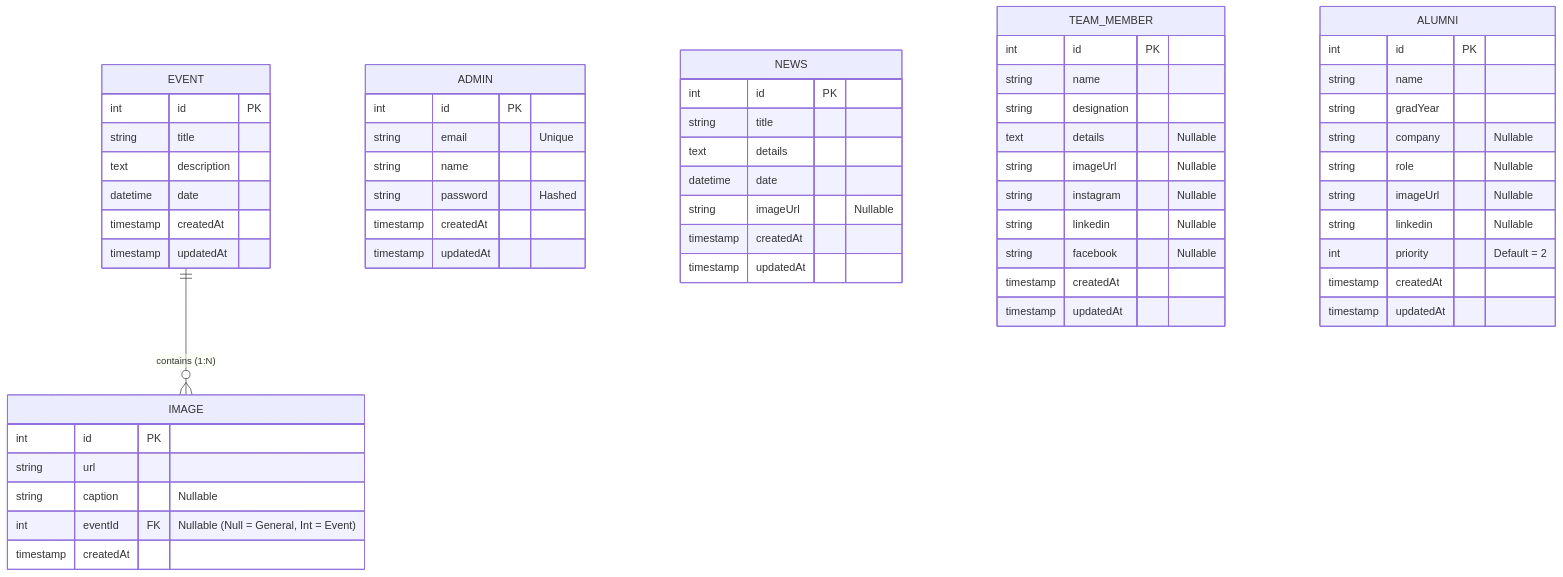
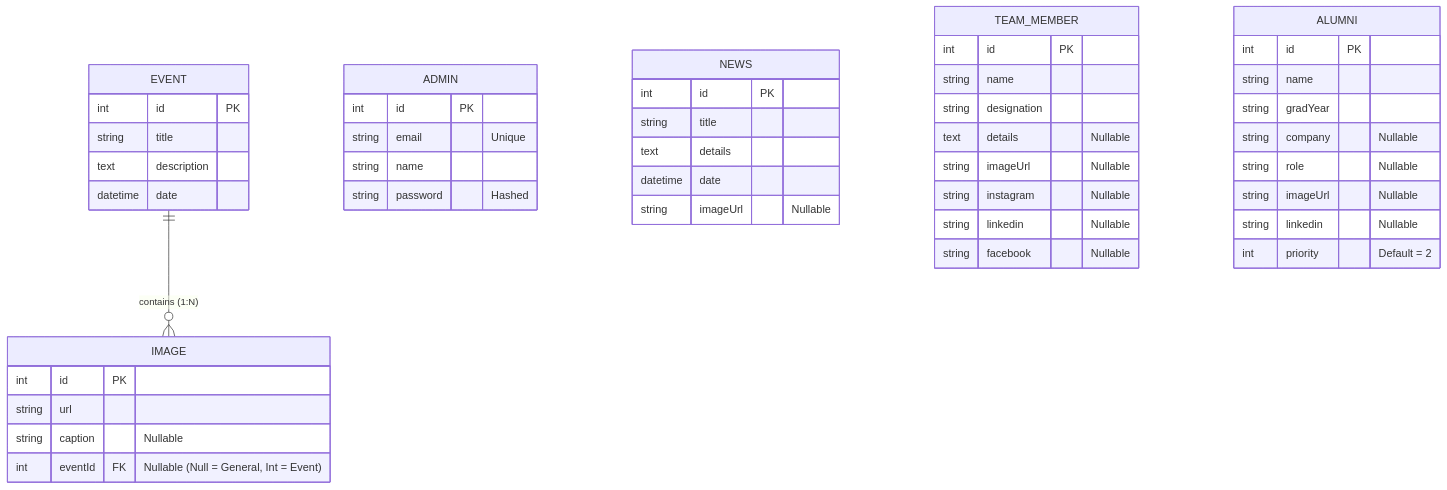
Before and after one commit to Abubakkar-Khan/css_iiui: the diagram in README.md, drawn with Mermaid. The commit also changed other lines of this file, not shown here.

Commit message:
docs: refactor README to simplify project overview, architecture details, and setup instructions

````diff
--- a/README.md
+++ b/README.md
@@ -55,66 +30,55 @@
 ```mermaid
 erDiagram
     EVENT ||--o{ IMAGE : "contains (1:N)"
     
     ADMIN {
         int id PK
         string email "Unique"
         string name
         string password "Hashed"
-        timestamp createdAt
-        timestamp updatedAt
     }
 
     EVENT {
         int id PK
         string title
         text description
         datetime date
-        timestamp createdAt
-        timestamp updatedAt
     }
 
     IMAGE {
         int id PK
         string url
         string caption "Nullable"
         int eventId FK "Nullable (Null = General, Int = Event)"
-        timestamp createdAt
     }
 
     NEWS {
         int id PK
         string title
         text details
         datetime date
         string imageUrl "Nullable"
-        timestamp createdAt
-        timestamp updatedAt
     }
 
     TEAM_MEMBER {
         int id PK
         string name
         string designation
         text details "Nullable"
         string imageUrl "Nullable"
         string instagram "Nullable"
         string linkedin "Nullable"
         string facebook "Nullable"
-        timestamp createdAt
-        timestamp updatedAt
     }
 
     ALUMNI {
         int id PK
         string name
         string gradYear
         string company "Nullable"
         string role "Nullable"
         string imageUrl "Nullable"
         string linkedin "Nullable"
         int priority "Default = 2"
-        timestamp createdAt
-        timestamp updatedAt
     }
 ```
````
